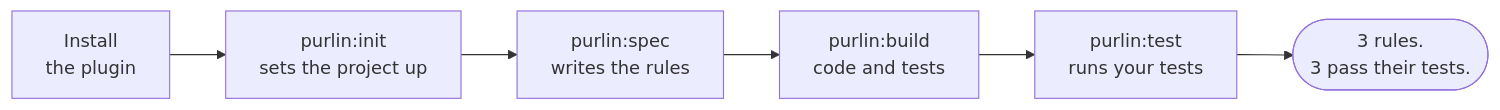
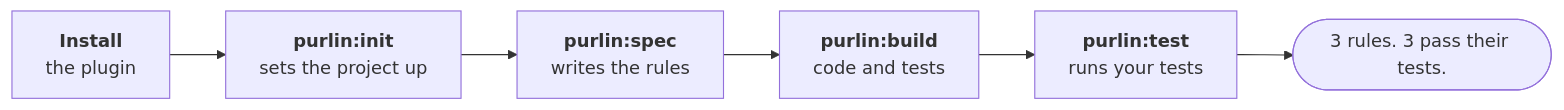
Before and after one commit to rlabarca/purlin: the diagram in docs/getting-started.md, drawn with Mermaid. The commit also changed 1 other file, not shown here.

Commit message:
docs: a diagram box names itself in bold
Claude-Session: https://claude.ai/code/session_01S2y5uWVPAKerYHKQN1JnYd

````diff
--- a/docs/getting-started.md
+++ b/docs/getting-started.md
@@ -20,8 +20,8 @@
 ```mermaid
 flowchart LR
-    I["Install<br>the plugin"] --> N["purlin:init<br>sets the project up"]
-    N --> S["purlin:spec<br>writes the rules"]
-    S --> B["purlin:build<br>code and tests"]
-    B --> T["purlin:test<br>runs your tests"]
-    T --> R(["3 rules.<br>3 pass their tests."])
+    I["<b>Install</b><br>the plugin"] --> N["<b>purlin:init</b><br>sets the project up"]
+    N --> S["<b>purlin:spec</b><br>writes the rules"]
+    S --> B["<b>purlin:build</b><br>code and tests"]
+    B --> T["<b>purlin:test</b><br>runs your tests"]
+    T --> R(["3 rules. 3 pass their tests."])
 ```
````
